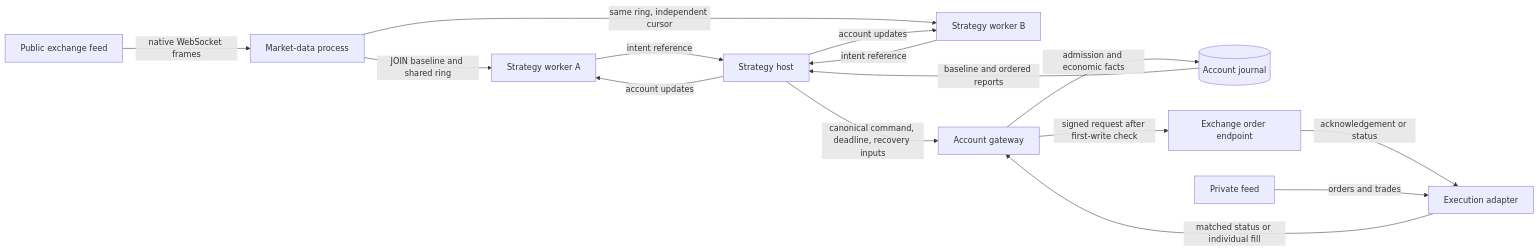
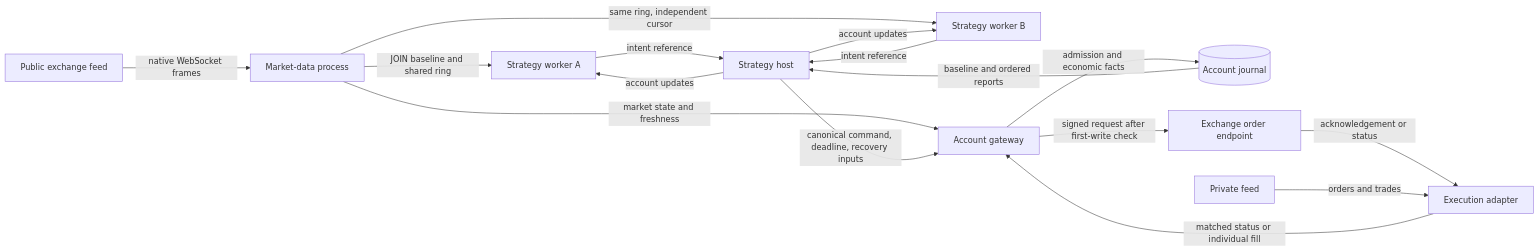
One commit to Obscurepawn/Tickwire changed the diagram in specs/implementation/single-host-trading.md. Above: the diagram before and after it, drawn with Mermaid. The commit also changed other lines of this file and 462 other files, not shown here.

````diff
--- a/specs/implementation/single-host-trading.md
+++ b/specs/implementation/single-host-trading.md
@@ -7,17 +7,18 @@
 ```mermaid
 flowchart LR
     V[Public exchange feed] -->|native WebSocket frames| MD[Market-data process]
     MD -->|JOIN baseline and shared ring| A[Strategy worker A]
     MD -->|same ring, independent cursor| B[Strategy worker B]
+    MD -->|market state and freshness| GW
     A -->|intent reference| Host[Strategy host]
     B -->|intent reference| Host
     Host -->|canonical command, deadline, recovery inputs| GW[Account gateway]
     GW -->|admission and economic facts| WAL[(Account journal)]
     GW -->|signed request after first-write check| Venue[Exchange order endpoint]
     Venue -->|acknowledgement or status| Adapter[Execution adapter]
     Private[Private feed] -->|orders and trades| Adapter
     Adapter -->|matched status or individual fill| GW
     WAL -->|baseline and ordered reports| Host
     Host -->|account updates| A
     Host -->|account updates| B
 ```
````
